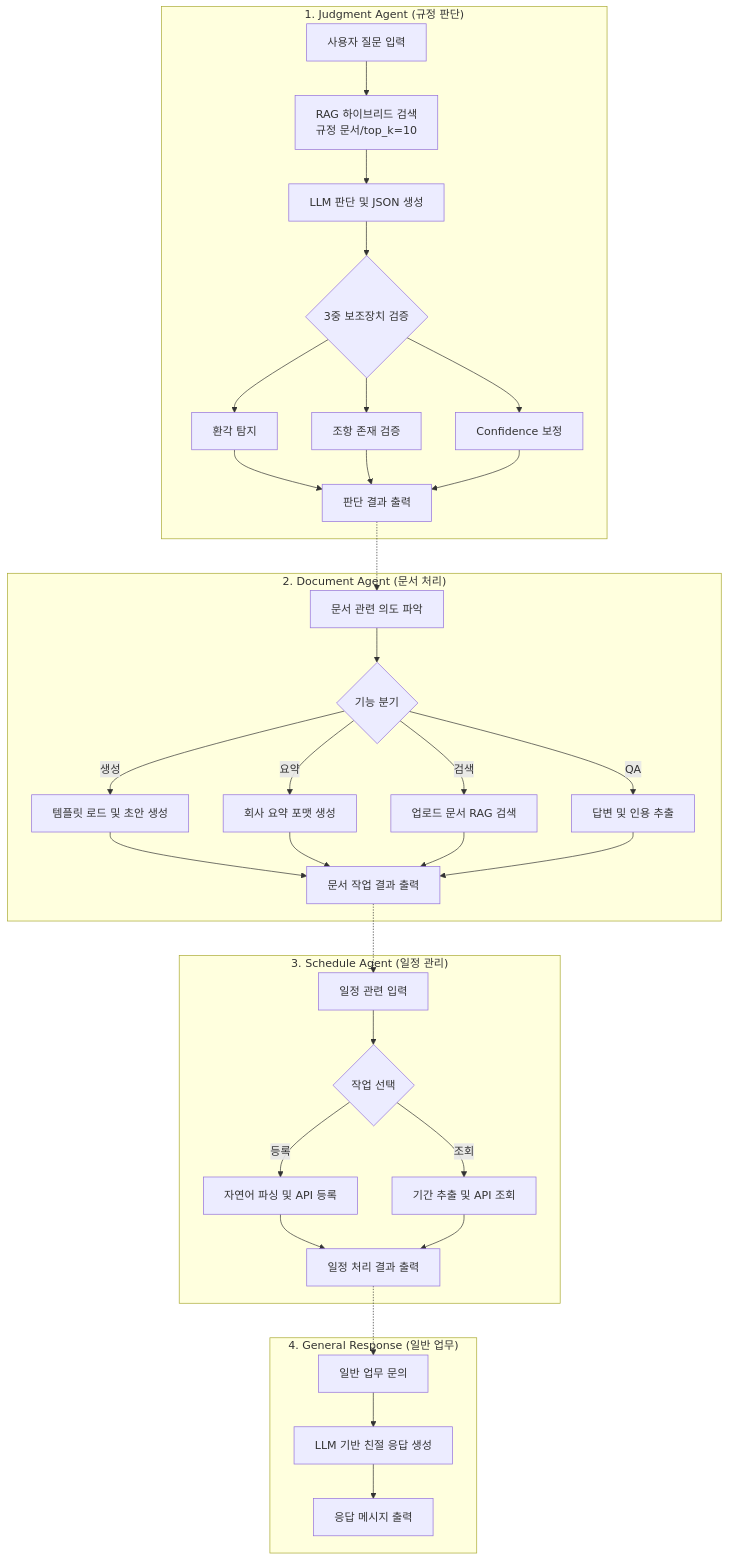
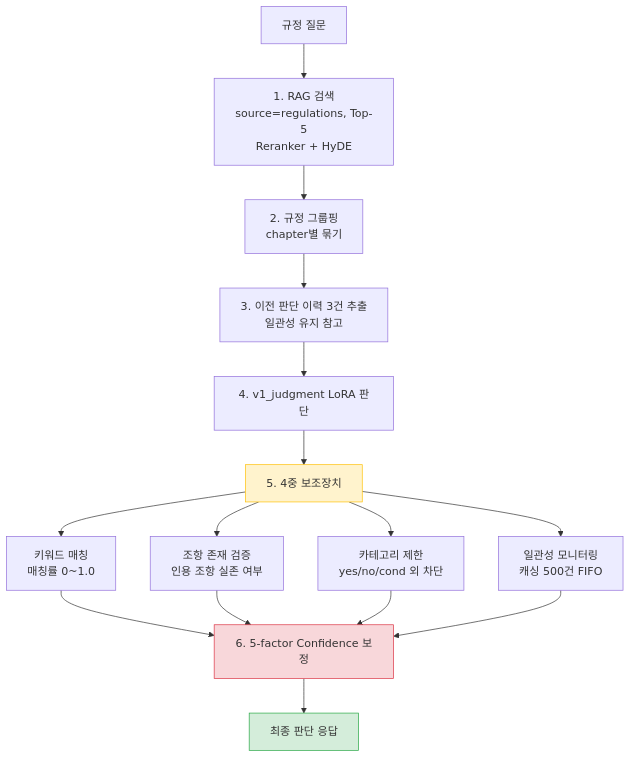
The third of 6 diagrams in README.md (SKNETWORKS-FAMILY-AICAMP/SKN21-FINAL-3TEAM), drawn with Mermaid before and after one commit. The commit also changed other lines of this file, not shown here.

````diff
--- a/README.md
+++ b/README.md
@@ -161,42 +177,18 @@
 ```mermaid
-graph TD
-    %% Judgment Agent Section
-    subgraph "1. Judgment Agent (규정 판단)"
-        J1[사용자 질문 입력] --> J2[RAG 하이브리드 검색<br/>규정 문서/top_k=10]
-        J2 --> J3[LLM 판단 및 JSON 생성]
-        J3 --> J4{3중 보조장치 검증}
-        J4 --> J4a[환각 탐지]
-        J4 --> J4b[조항 존재 검증]
-        J4 --> J4c[Confidence 보정]
-        J4a & J4b & J4c --> J5[판단 결과 출력]
-    end
+flowchart TB
+    Input[규정 질문] --> S1[1. RAG 검색<br/>source=regulations, Top-5<br/>Reranker + HyDE]
+    S1 --> S2[2. 규정 그룹핑<br/>chapter별 묶기]
+    S2 --> S3[3. 이전 판단 이력 3건 추출<br/>일관성 유지 참고]
+    S3 --> S4[4. v1_judgment LoRA 판단]
+    S4 --> S5[5. 4중 보조장치]
+    S5 --> G1[키워드 매칭<br/>매칭률 0~1.0]
+    S5 --> G2[조항 존재 검증<br/>인용 조항 실존 여부]
+    S5 --> G3[카테고리 제한<br/>yes/no/cond 외 차단]
+    S5 --> G4[일관성 모니터링<br/>캐싱 500건 FIFO]
+    G1 & G2 & G3 & G4 --> S6[6. 5-factor Confidence 보정]
+    S6 --> Output[최종 판단 응답]
 
-    %% Document Agent Section
-    subgraph "2. Document Agent (문서 처리)"
-        D1[문서 관련 의도 파악] --> D2{기능 분기}
-        D2 -- 생성 --> D3a[템플릿 로드 및 초안 생성]
-        D2 -- 요약 --> D3b[회사 요약 포맷 생성]
-        D2 -- 검색 --> D3c[업로드 문서 RAG 검색]
-        D2 -- QA --> D3d[답변 및 인용 추출]
-        D3a & D3b & D3c & D3d --> D4[문서 작업 결과 출력]
-    end
-
-    %% Schedule Agent Section
-    subgraph "3. Schedule Agent (일정 관리)"
-        S1[일정 관련 입력] --> S2{작업 선택}
-        S2 -- 등록 --> S3a[자연어 파싱 및 API 등록]
-        S2 -- 조회 --> S3b[기간 추출 및 API 조회]
-        S3a & S3b --> S4[일정 처리 결과 출력]
-    end
-
-    %% General Response Section
-    subgraph "4. General Response (일반 업무)"
-        G1[일반 업무 문의] --> G2[LLM 기반 친절 응답 생성]
-        G2 --> G3[응답 메시지 출력]
-    end
-
-    %% 연결 (수직 흐름 강조)
-    J5 -.-> D1
-    D4 -.-> S1
-    S4 -.-> G1
+    style S5 fill:#fff3cd,stroke:#ffc107
+    style S6 fill:#f8d7da,stroke:#dc3545
+    style Output fill:#d4edda,stroke:#28a745
 ```
````
